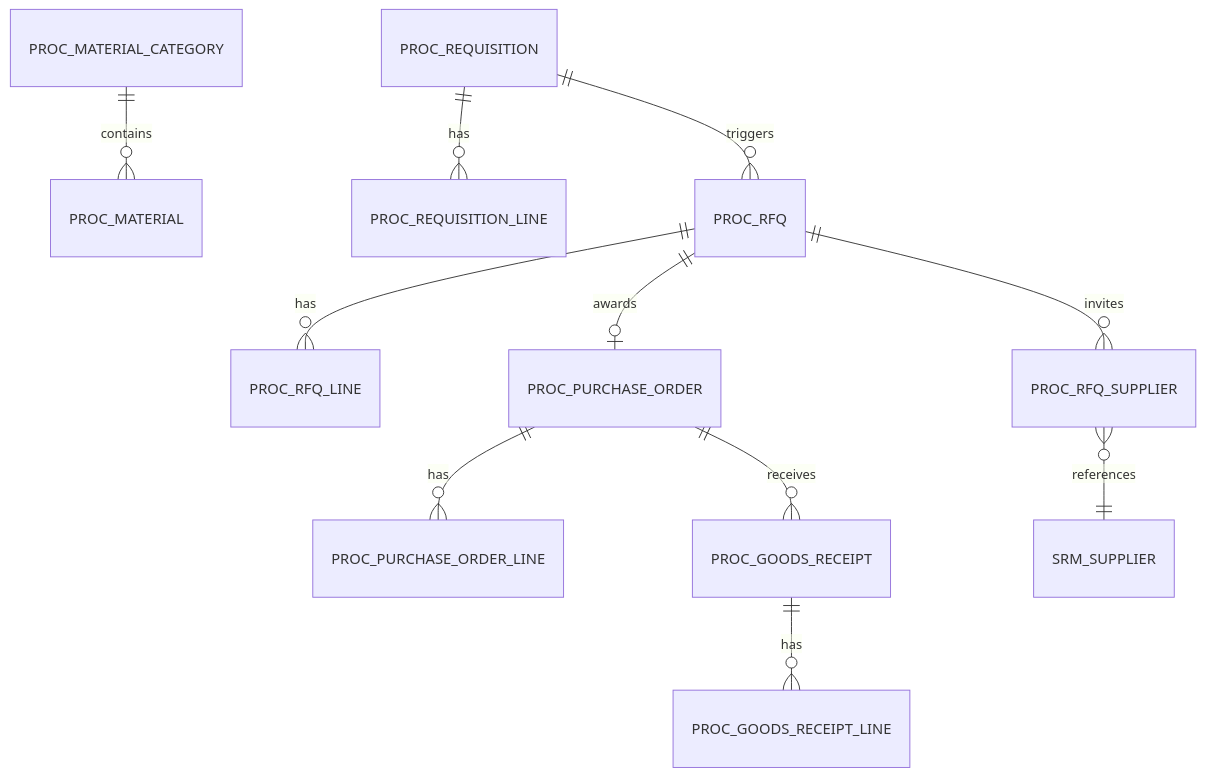
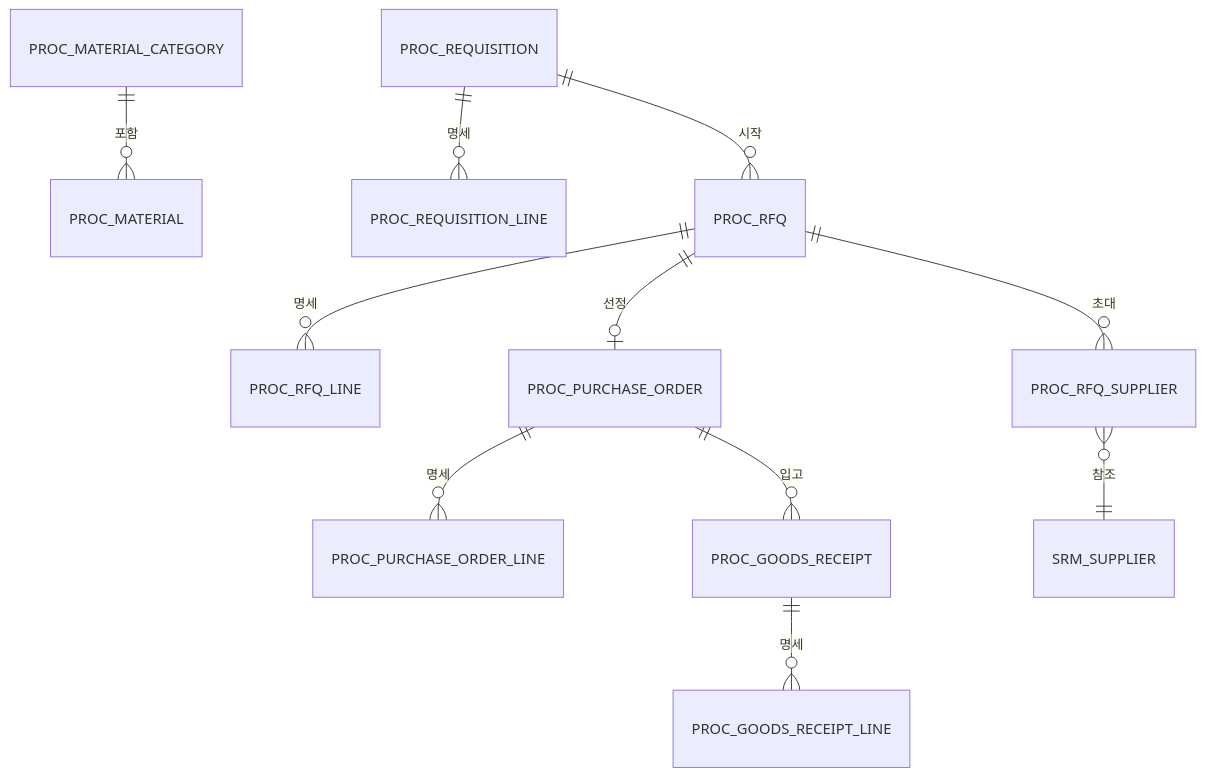
One commit to wang-baohai/Omni-Stack changed the second of 7 diagrams in docs/design/procurement-design.kr.md. Above: the diagram before and after it, drawn with Mermaid. The commit also changed other lines of this file and 1095 other files, not shown here.

````diff
--- a/docs/design/procurement-design.kr.md
+++ b/docs/design/procurement-design.kr.md
@@ -98,13 +107,13 @@
 ```mermaid
 erDiagram
-    PROC_MATERIAL_CATEGORY ||--o{ PROC_MATERIAL : contains
-    PROC_REQUISITION ||--o{ PROC_REQUISITION_LINE : has
-    PROC_REQUISITION ||--o{ PROC_RFQ : triggers
-    PROC_RFQ ||--o{ PROC_RFQ_LINE : has
-    PROC_RFQ ||--o{ PROC_RFQ_SUPPLIER : invites
-    PROC_RFQ ||--o| PROC_PURCHASE_ORDER : awards
-    PROC_PURCHASE_ORDER ||--o{ PROC_PURCHASE_ORDER_LINE : has
-    PROC_PURCHASE_ORDER ||--o{ PROC_GOODS_RECEIPT : receives
-    PROC_GOODS_RECEIPT ||--o{ PROC_GOODS_RECEIPT_LINE : has
-    PROC_RFQ_SUPPLIER }o--|| SRM_SUPPLIER : references
+    PROC_MATERIAL_CATEGORY ||--o{ PROC_MATERIAL : 포함
+    PROC_REQUISITION ||--o{ PROC_REQUISITION_LINE : 명세
+    PROC_REQUISITION ||--o{ PROC_RFQ : 시작
+    PROC_RFQ ||--o{ PROC_RFQ_LINE : 명세
+    PROC_RFQ ||--o{ PROC_RFQ_SUPPLIER : 초대
+    PROC_RFQ ||--o| PROC_PURCHASE_ORDER : 선정
+    PROC_PURCHASE_ORDER ||--o{ PROC_PURCHASE_ORDER_LINE : 명세
+    PROC_PURCHASE_ORDER ||--o{ PROC_GOODS_RECEIPT : 입고
+    PROC_GOODS_RECEIPT ||--o{ PROC_GOODS_RECEIPT_LINE : 명세
+    PROC_RFQ_SUPPLIER }o--|| SRM_SUPPLIER : 참조
 ```
````
